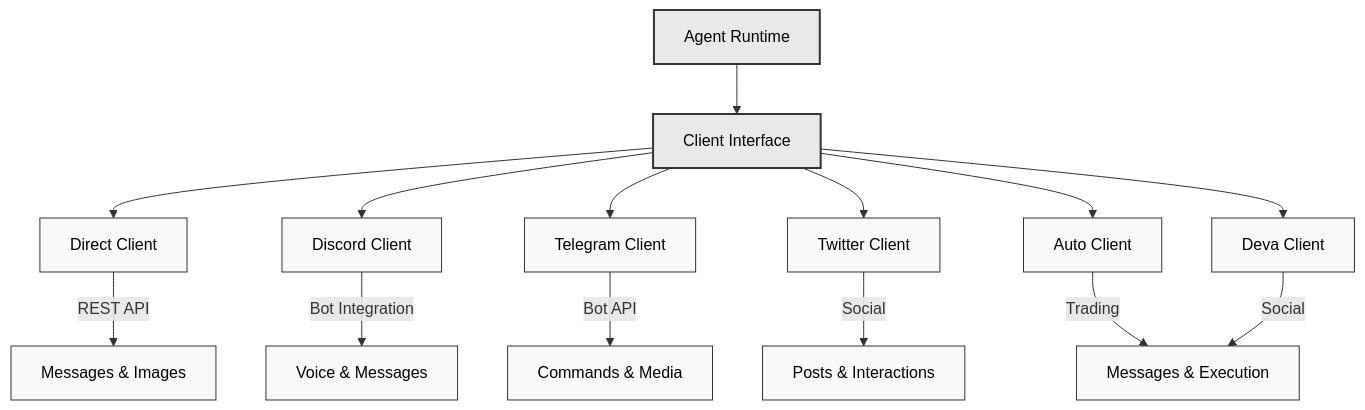
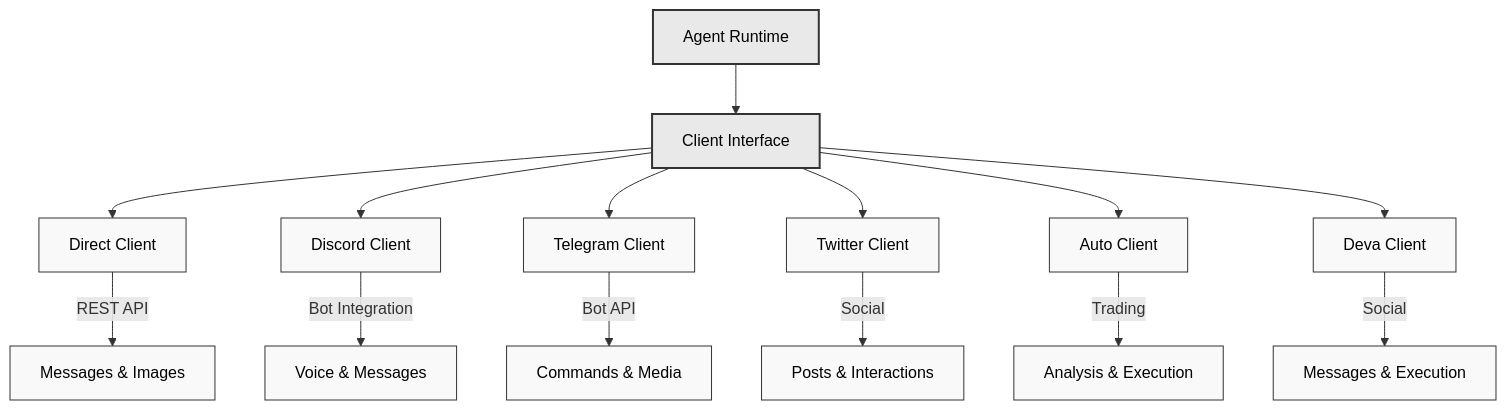
One commit to oleksii-dy/eliza_starter changed the diagram in docs/docs/packages/clients.md. Above: the diagram before and after it, drawn with Mermaid.

Commit message:
fix: documentation graph

````diff
--- a/docs/docs/packages/clients.md
+++ b/docs/docs/packages/clients.md
@@ -10,28 +10,28 @@
 ```mermaid
 graph TD
     RT["Agent Runtime"]
     CI["Client Interface"]
     RT --> CI
 
     %% Main Clients
     CI --> DC["Direct Client"]
     CI --> DSC["Discord Client"]
     CI --> TC["Telegram Client"]
     CI --> TWC["Twitter Client"]
     CI --> AC["Auto Client"]
     CI --> DEVA["Deva Client"]
 
     %% Key Features - one per client for clarity
     DC --> |"REST API"| DC1["Messages & Images"]
     DSC --> |"Bot Integration"| DSC1["Voice & Messages"]
     TC --> |"Bot API"| TC1["Commands & Media"]
     TWC --> |"Social"| TWC1["Posts & Interactions"]
     AC --> |"Trading"| AC1["Analysis & Execution"]
-    DEVA --> |"Social"| AC1["Messages & Execution"]
+    DEVA --> |"Social"| DEVA1["Messages & Execution"]
 
     %% Simple styling with better contrast and black text
     classDef default fill:#f9f9f9,stroke:#333,stroke-width:1px,color:black
     classDef highlight fill:#e9e9e9,stroke:#333,stroke-width:2px,color:black
 
     class RT,CI highlight
 ```
````
